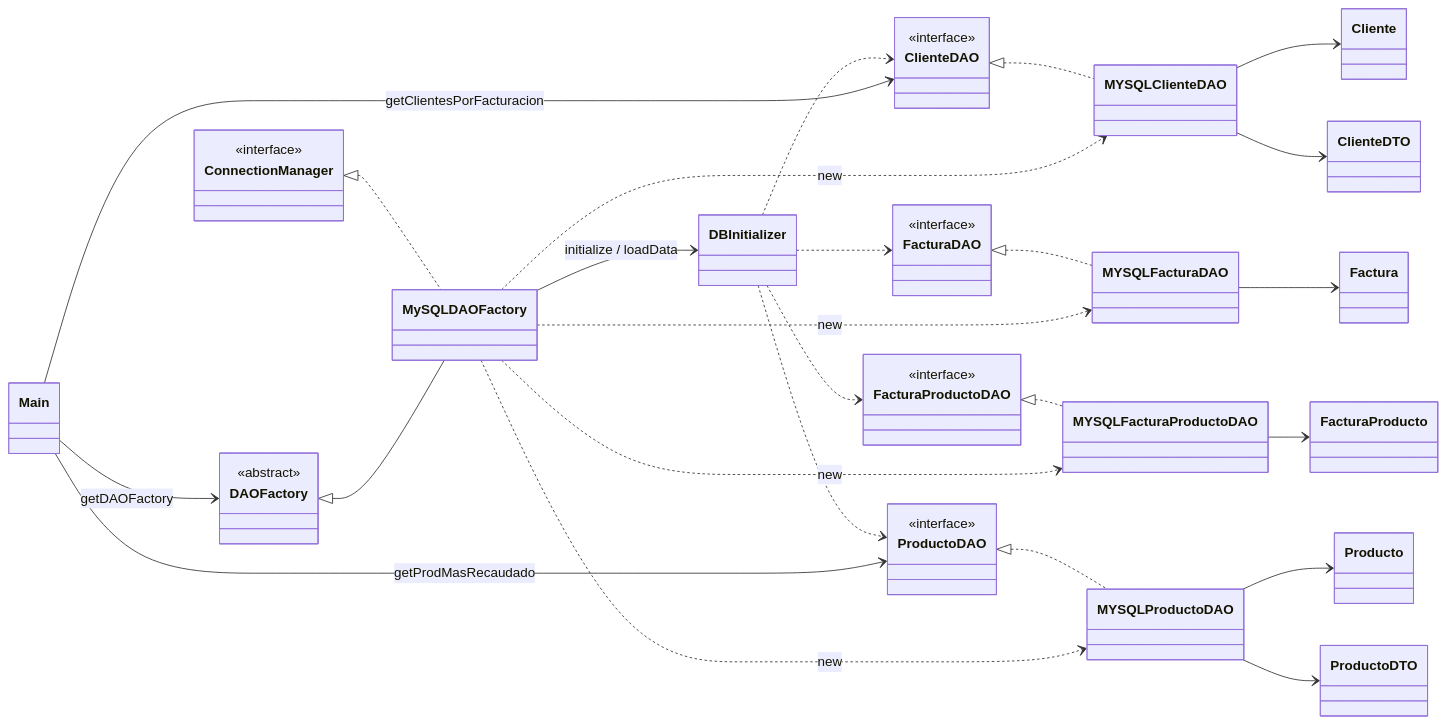
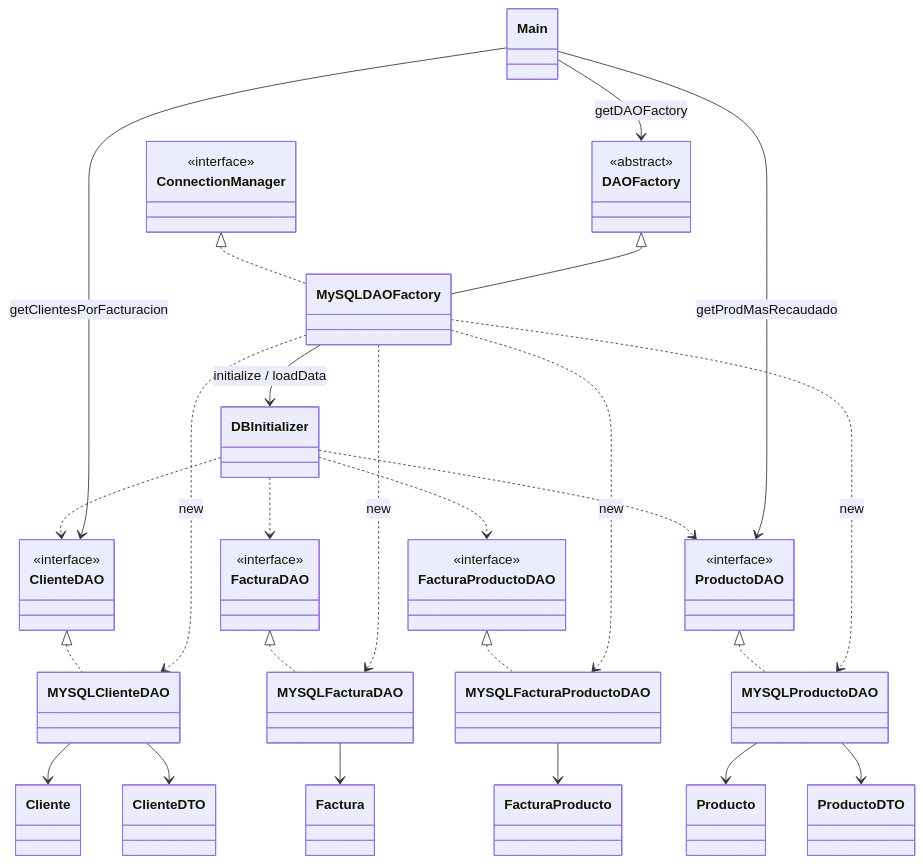
Before and after one commit to florAlar/arquitecturas-web: the diagram in 00-JDBC/00-jdbc/README.md, drawn with Mermaid. The commit also changed 7 other files, not shown here.

````diff
--- a/00-JDBC/00-jdbc/README.md
+++ b/00-JDBC/00-jdbc/README.md
@@ -25,71 +25,71 @@
 ```mermaid
 classDiagram
-    direction LR
+    direction TB
 
     class Main
 
     class DAOFactory {
         <<abstract>>
     }
     class ConnectionManager {
         <<interface>>
     }
     class MySQLDAOFactory
 
     class DBInitializer
 
     class ClienteDAO {
         <<interface>>
     }
     class ProductoDAO {
         <<interface>>
     }
     class FacturaDAO {
         <<interface>>
     }
     class FacturaProductoDAO {
         <<interface>>
     }
 
     class MYSQLClienteDAO
     class MYSQLProductoDAO
     class MYSQLFacturaDAO
     class MYSQLFacturaProductoDAO
 
     class Cliente
     class Producto
     class Factura
     class FacturaProducto
 
     class ClienteDTO
     class ProductoDTO
 
     Main --> DAOFactory : getDAOFactory
     Main --> ClienteDAO : getClientesPorFacturacion
     Main --> ProductoDAO : getProdMasRecaudado
 
     DAOFactory <|-- MySQLDAOFactory
     ConnectionManager <|.. MySQLDAOFactory
     MySQLDAOFactory --> DBInitializer : initialize / loadData
     MySQLDAOFactory ..> MYSQLClienteDAO : new
     MySQLDAOFactory ..> MYSQLProductoDAO : new
     MySQLDAOFactory ..> MYSQLFacturaDAO : new
     MySQLDAOFactory ..> MYSQLFacturaProductoDAO : new
 
     ClienteDAO <|.. MYSQLClienteDAO
     ProductoDAO <|.. MYSQLProductoDAO
     FacturaDAO <|.. MYSQLFacturaDAO
     FacturaProductoDAO <|.. MYSQLFacturaProductoDAO
 
     DBInitializer ..> ClienteDAO
     DBInitializer ..> ProductoDAO
     DBInitializer ..> FacturaDAO
     DBInitializer ..> FacturaProductoDAO
 
     MYSQLClienteDAO --> Cliente
     MYSQLClienteDAO --> ClienteDTO
     MYSQLProductoDAO --> Producto
     MYSQLProductoDAO --> ProductoDTO
     MYSQLFacturaDAO --> Factura
     MYSQLFacturaProductoDAO --> FacturaProducto
 ```
````
